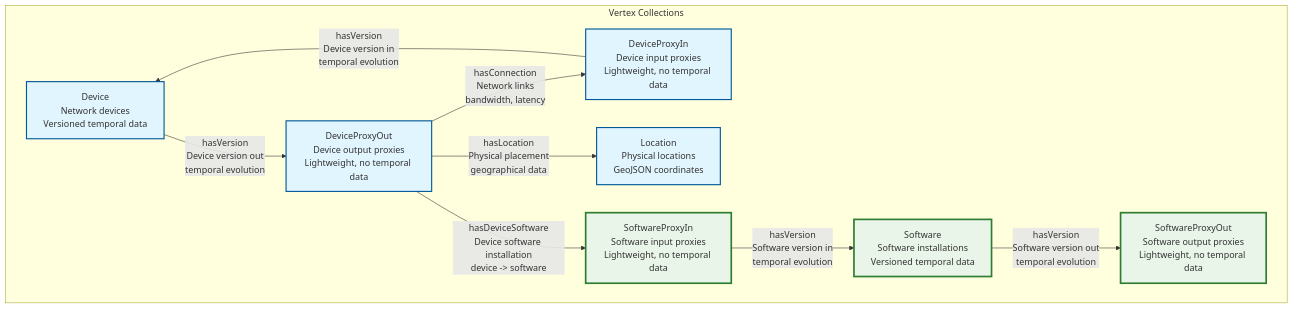
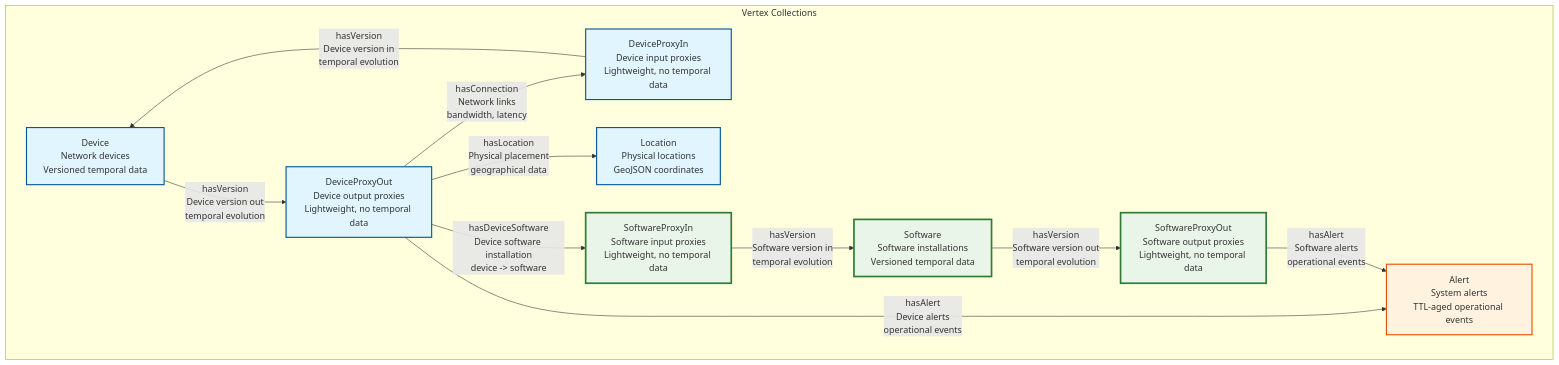
One commit to ArthurKeen/scalable-multi-tenant-temporal-graph-reference-implementation changed the first of 3 diagrams in README.md. Above: the diagram before and after it, drawn with Mermaid. The commit also changed other lines of this file, not shown here.

First line of the commit message:
DOCS: Update README with Alert system integration

````diff
--- a/README.md
+++ b/README.md
@@ -387,38 +387,45 @@
 ```mermaid
 graph TB
     %% Vertex Collections (PascalCase, singular)
     subgraph "Vertex Collections"
         D[Device<br/>Network devices<br/>Versioned temporal data]
         DPI[DeviceProxyIn<br/>Device input proxies<br/>Lightweight, no temporal data]
         DPO[DeviceProxyOut<br/>Device output proxies<br/>Lightweight, no temporal data]
         S[Software<br/>Software installations<br/>Versioned temporal data]
         SPI[SoftwareProxyIn<br/>Software input proxies<br/>Lightweight, no temporal data]
         SPO[SoftwareProxyOut<br/>Software output proxies<br/>Lightweight, no temporal data]
         L[Location<br/>Physical locations<br/>GeoJSON coordinates]
+        A[Alert<br/>System alerts<br/>TTL-aged operational events]
     end
     
     %% Edge Collections (camelCase, singular)
     
     %% Network connections between devices
     DPO -->|hasConnection<br/>Network links<br/>bandwidth, latency| DPI
     
     %% Device location relationships
     DPO -->|hasLocation<br/>Physical placement<br/>geographical data| L
     
     %% Device-Software relationships (CORRECTED LOGIC)
     DPO -->|hasDeviceSoftware<br/>Device software installation<br/>device -> software| SPI
     
     %% Device Time Travel (existing pattern)
     DPI -->|hasVersion<br/>Device version in<br/>temporal evolution| D
     D -->|hasVersion<br/>Device version out<br/>temporal evolution| DPO
     
     %% Software Time Travel (NEW pattern)
     SPI -->|hasVersion<br/>Software version in<br/>temporal evolution| S
     S -->|hasVersion<br/>Software version out<br/>temporal evolution| SPO
     
+    %% Alert System (operational monitoring)
+    DPO -->|hasAlert<br/>Device alerts<br/>operational events| A
+    SPO -->|hasAlert<br/>Software alerts<br/>operational events| A
+    
     %% Tenant isolation indicator
     classDef tenantBox fill:#e1f5fe,stroke:#01579b,stroke-width:2px
     classDef newFeature fill:#e8f5e8,stroke:#2e7d32,stroke-width:3px
+    classDef alertFeature fill:#fff3e0,stroke:#e65100,stroke-width:2px
     class D,DPI,DPO,L tenantBox
     class S,SPI,SPO newFeature
+    class A alertFeature
 ```
````
